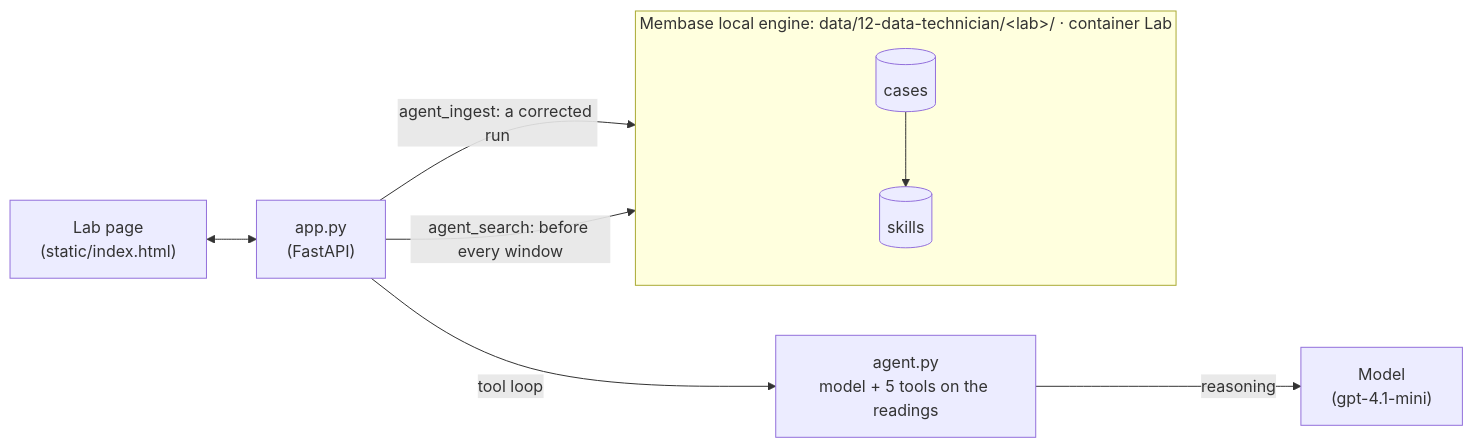
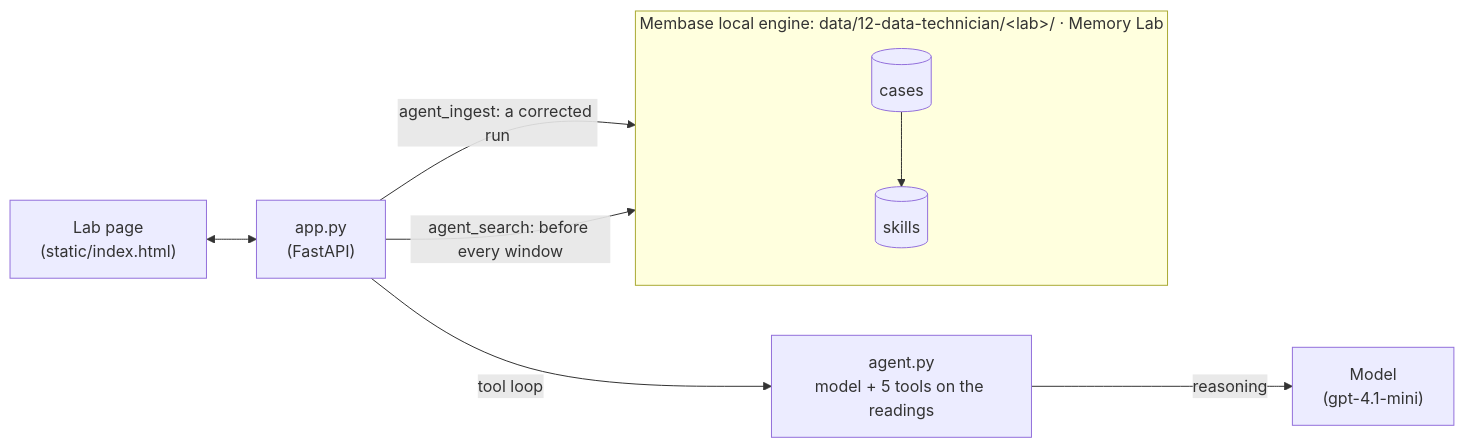
One commit to unibaseio/membase-use-cases changed the diagram in 12-data-technician/README.md. Above: the diagram before and after it, drawn with Mermaid. The commit also changed other lines of this file and 55 other files, not shown here.

````diff
--- a/12-data-technician/README.md
+++ b/12-data-technician/README.md
@@ -38,11 +38,11 @@
 ```mermaid
 flowchart LR
   P["Lab page<br/>(static/index.html)"] <--> A["app.py<br/>(FastAPI)"]
   A -- "tool loop" --> G["agent.py<br/>model + 5 tools on the readings"]
   G -- "reasoning" --> L["Model<br/>(gpt-4.1-mini)"]
   A -- "agent_ingest: a corrected run" --> M
   A -- "agent_search: before every window" --> M
-  subgraph M["Membase local engine: data/12-data-technician/&lt;lab&gt;/ · container Lab"]
+  subgraph M["Membase local engine: data/12-data-technician/&lt;lab&gt;/ · Memory Lab"]
     C[("cases")] --> S[("skills")]
   end
 ```
````
